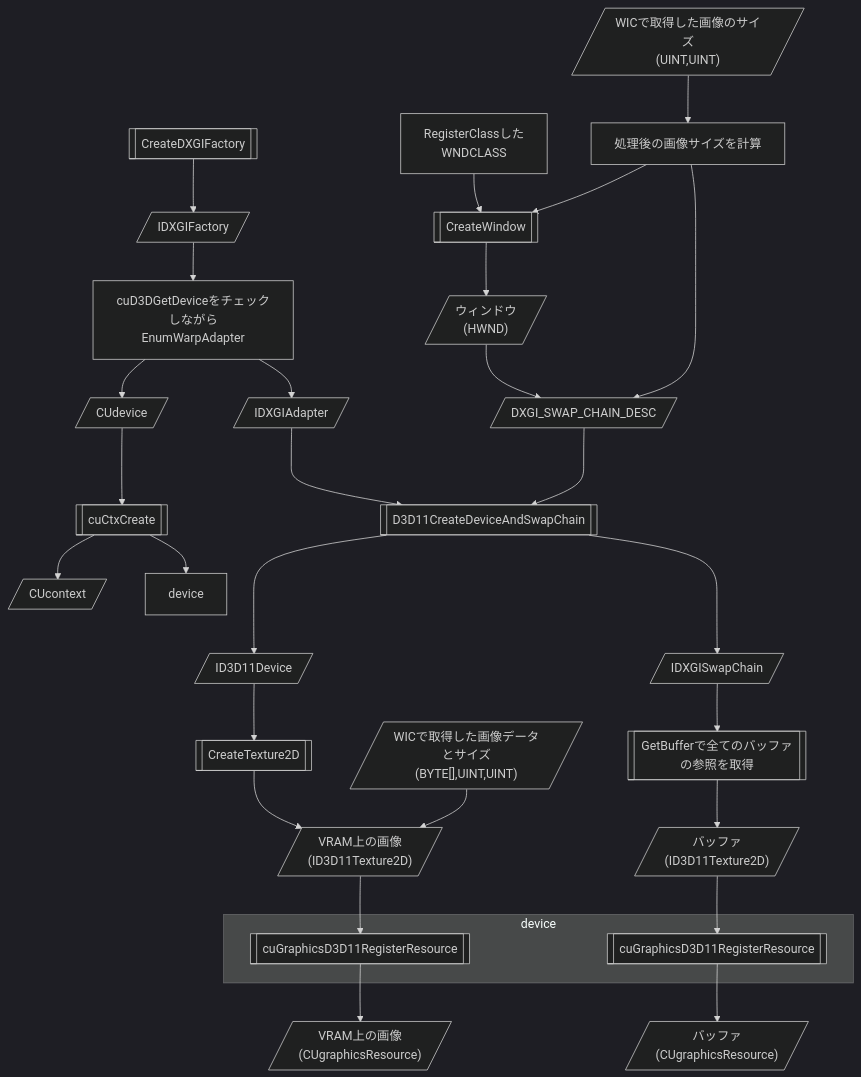
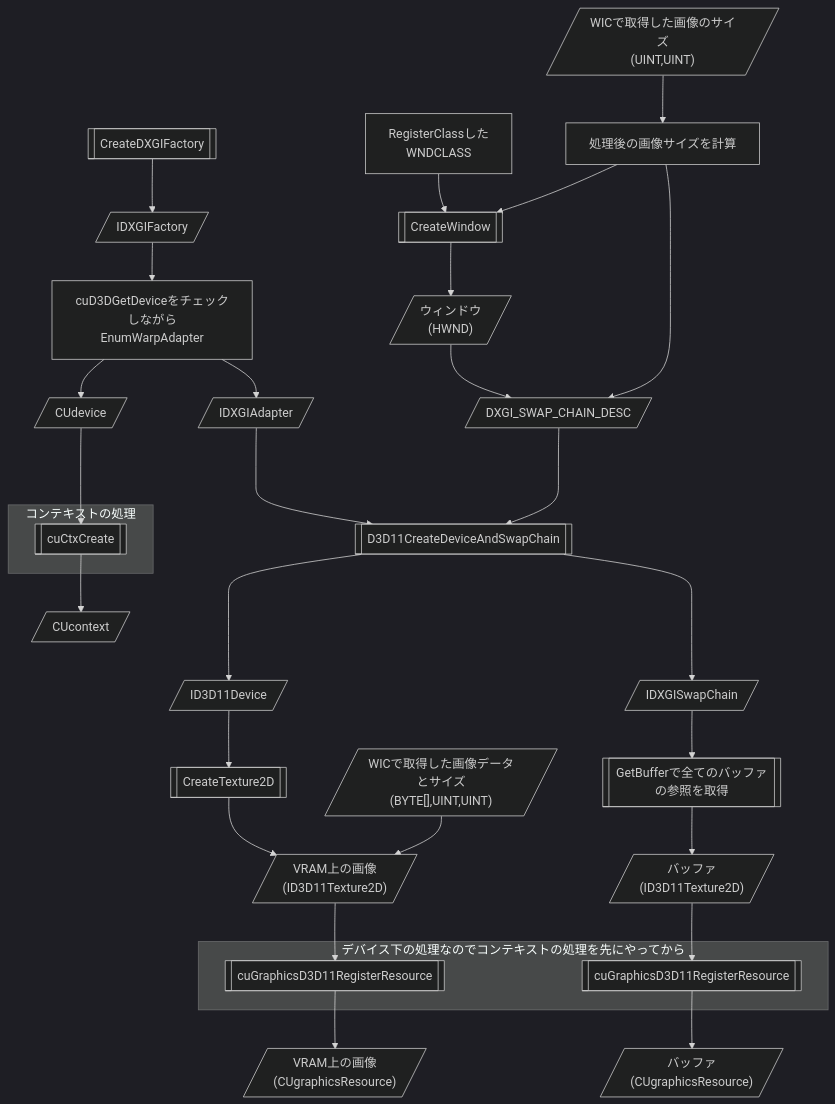
Before and after one commit to t3HyperParallel/ReportGPGPU: the third of 6 diagrams in README.md, drawn with Mermaid (dark theme).

Commit message:
mermaidを調整

````diff
--- a/README.md
+++ b/README.md
@@ -90,43 +90,46 @@
 ```mermaid
 flowchart TD
   CreateDXGIFactory[[CreateDXGIFactory]]
   -->IDXGIFactory[/"IDXGIFactory"/]
   -->EnumWarpAdapter["cuD3DGetDeviceをチェックしながら<br/>EnumWarpAdapter"]
   -->CUdevice[/"CUdevice"/] & IDXGIAdapter[/"IDXGIAdapter"/]
 
   CUdevice
   --->cuCtxCreate[["cuCtxCreate"]]
     -->CUcontext[/"CUcontext"/]
 
   RegisterClass["RegisterClassした<br/>WNDCLASS"]
   -->CreateWindow
   imageSize[/"WICで取得した画像のサイズ<br/>(UINT,UINT)"/]
   -->calcImageSize["処理後の画像サイズを計算"]
   -->CreateWindow[["CreateWindow"]]
   -->HWND[/"ウィンドウ<br/>(HWND)"/]
   calcImageSize & HWND
   -->DXGI_SWAP_CHAIN_DESC[/"DXGI_SWAP_CHAIN_DESC"/]
 
   IDXGIAdapter & DXGI_SWAP_CHAIN_DESC
   --->D3D11CreateDeviceAndSwapChain[[D3D11CreateDeviceAndSwapChain]]
   --->ID3D11Device[/"ID3D11Device"/] & IDXGISwapChain[/"IDXGISwapChain"/]
 
   ID3D11Device[/"ID3D11Device"/]
   -->ID3D11Device.CreateTexture2D[["CreateTexture2D"]]
   rawImage[/"WICで取得した画像データとサイズ<br/>(BYTE[],UINT,UINT)"/] & ID3D11Device.CreateTexture2D
   -->ID3D11Texture2D[/"VRAM上の画像<br/>(ID3D11Texture2D)"/]
   -->cuGraphicsD3D11RegisterResource_image[["cuGraphicsD3D11RegisterResource"]]
   -->sourceCUgraphicsResource[/"VRAM上の画像<br/>(CUgraphicsResource)"/]
 
   IDXGISwapChain
   -->IDXGISwapChain.GetBuffer[["GetBufferで全てのバッファの参照を取得"]]
   -->buffers[/"バッファ<br/>(ID3D11Texture2D)"/]
   -->cuGraphicsD3D11RegisterResource_target[["cuGraphicsD3D11RegisterResource"]]
   -->targetCUgraphicsResource[/"バッファ<br/>(CUgraphicsResource)"/]
 
-  subgraph device 
+  subgraph "コンテキストの処理"
+    cuCtxCreate
+  end
+
+  subgraph "デバイス下の処理なのでコンテキストの処理を先にやってから" 
     cuGraphicsD3D11RegisterResource_image
     cuGraphicsD3D11RegisterResource_target
   end
-  cuCtxCreate-->device
 ```
````
